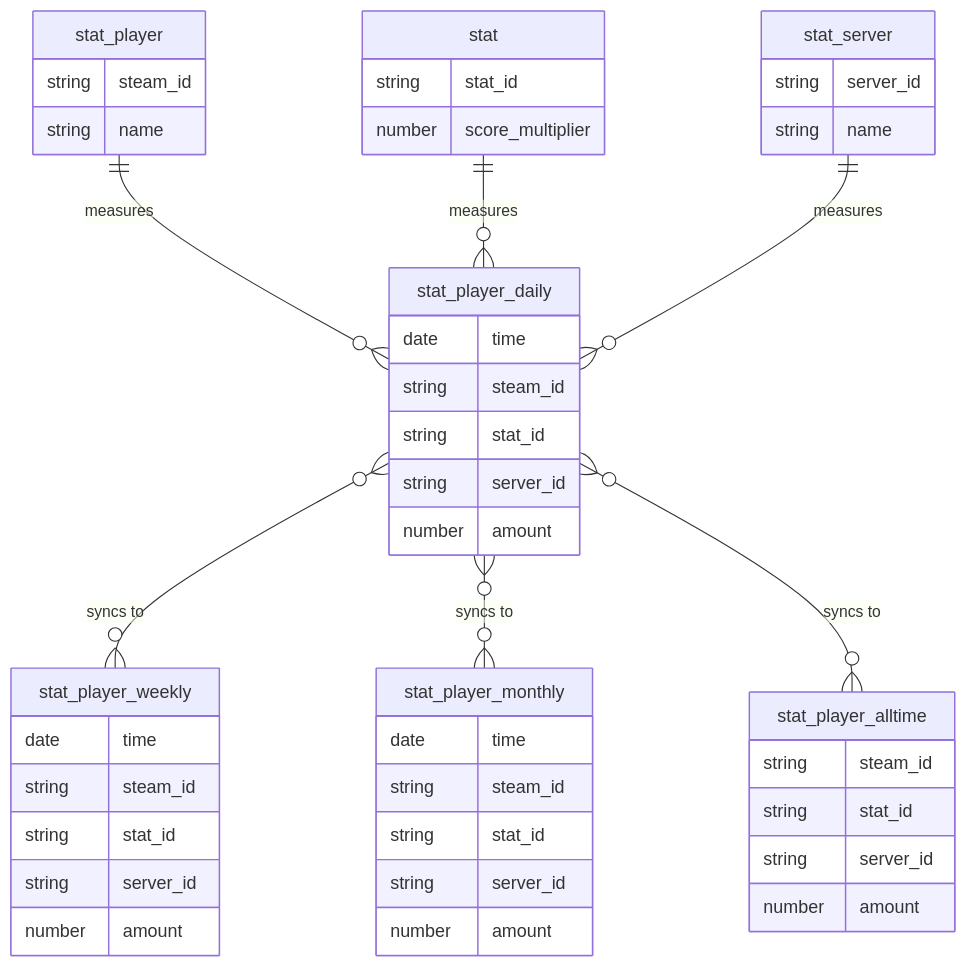
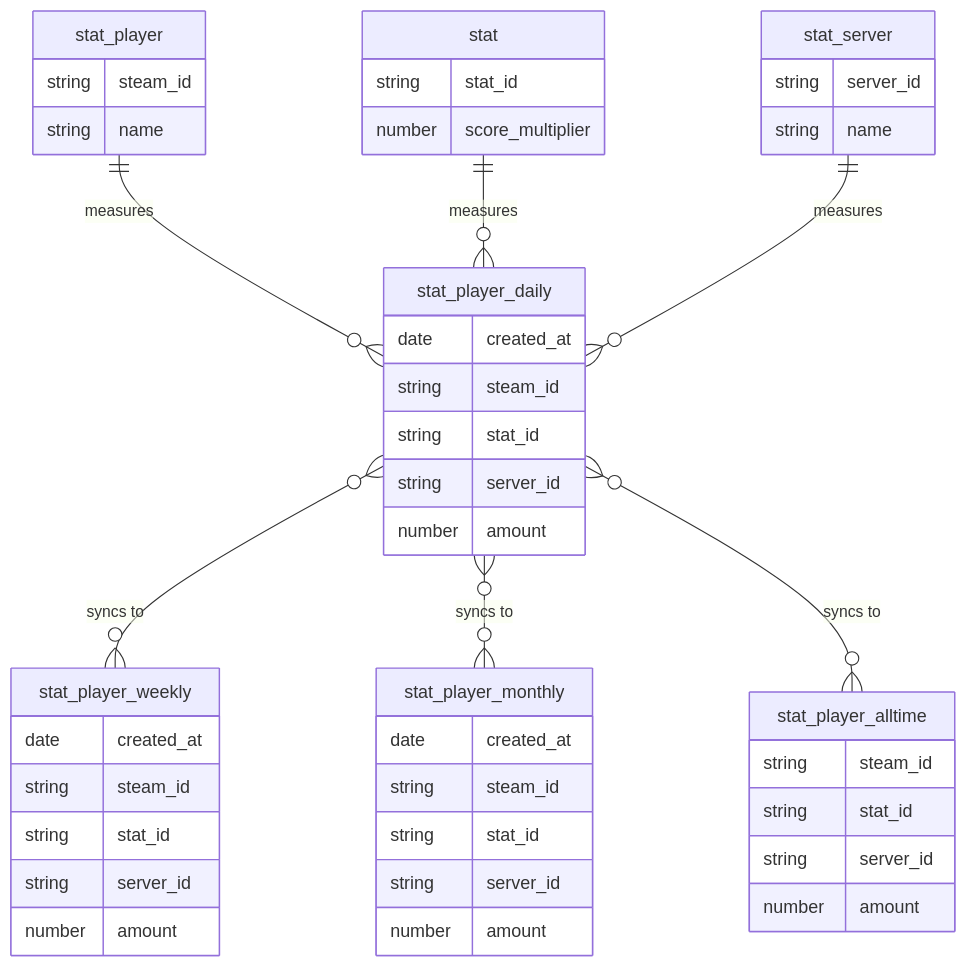
One commit to thegamecracks/420th-Stats-Tracker changed the diagram in README.md. Above: the diagram before and after it, drawn with Mermaid.

Commit message:
docs: rename time columns to created_at

````diff
--- a/README.md
+++ b/README.md
@@ -57,48 +57,48 @@
 ```mermaid
 erDiagram
     stat_player {
         string steam_id
         string name
     }
     stat {
         string stat_id
         number score_multiplier
     }
     stat_server {
         string server_id
         string name
     }
     stat_player_daily {
-        date time
+        date created_at
         string steam_id
         string stat_id
         string server_id
         number amount
     }
     stat_player_weekly {
-        date time
+        date created_at
         string steam_id
         string stat_id
         string server_id
         number amount
     }
     stat_player_monthly {
-        date time
+        date created_at
         string steam_id
         string stat_id
         string server_id
         number amount
     }
     stat_player_alltime {
         string steam_id
         string stat_id
         string server_id
         number amount
     }
     stat_player ||--o{ stat_player_daily : "measures"
     stat ||--o{ stat_player_daily : "measures"
     stat_server ||--o{ stat_player_daily : "measures"
     stat_player_daily }o--o{ stat_player_weekly : "syncs to"
     stat_player_daily }o--o{ stat_player_monthly : "syncs to"
     stat_player_daily }o--o{ stat_player_alltime : "syncs to"
 ```
````
